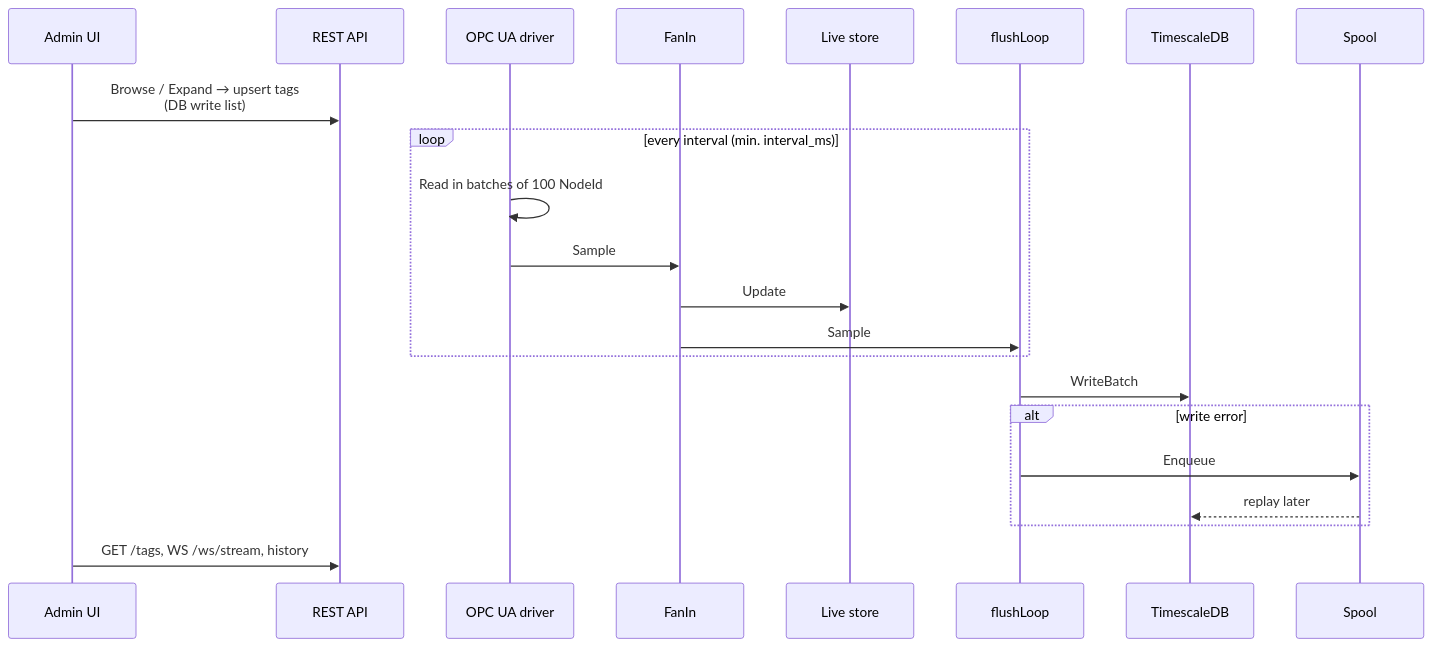
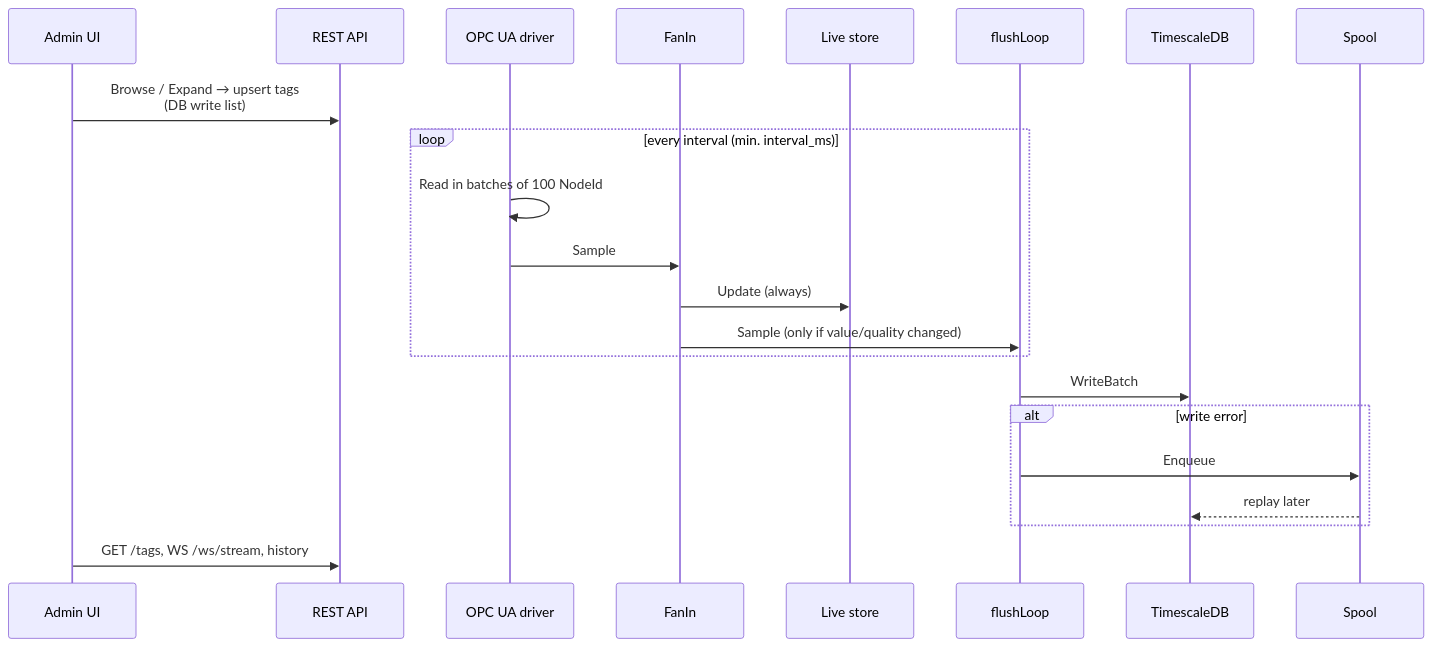
The third of 3 diagrams in README.md (popelev/level2), drawn with Mermaid before and after one commit. The commit also changed other lines of this file and 17 other files, not shown here.

````diff
--- a/README.md
+++ b/README.md
@@ -78,25 +78,25 @@
 ```mermaid
 sequenceDiagram
   participant UI as Admin UI
   participant API as REST API
   participant Drv as OPC UA driver
   participant Fan as FanIn
   participant Live as Live store
   participant Flush as flushLoop
   participant TS as TimescaleDB
   participant Sp as Spool
 
   UI->>API: Browse / Expand → upsert tags<br/>(DB write list)
   loop every interval (min. interval_ms)
     Drv->>Drv: Read in batches of 100 NodeId
     Drv->>Fan: Sample
-    Fan->>Live: Update
-    Fan->>Flush: Sample
+    Fan->>Live: Update (always)
+    Fan->>Flush: Sample (only if value/quality changed)
   end
   Flush->>TS: WriteBatch
   alt write error
     Flush->>Sp: Enqueue
     Sp-->>TS: replay later
   end
   UI->>API: GET /tags, WS /ws/stream, history
 ```
````
